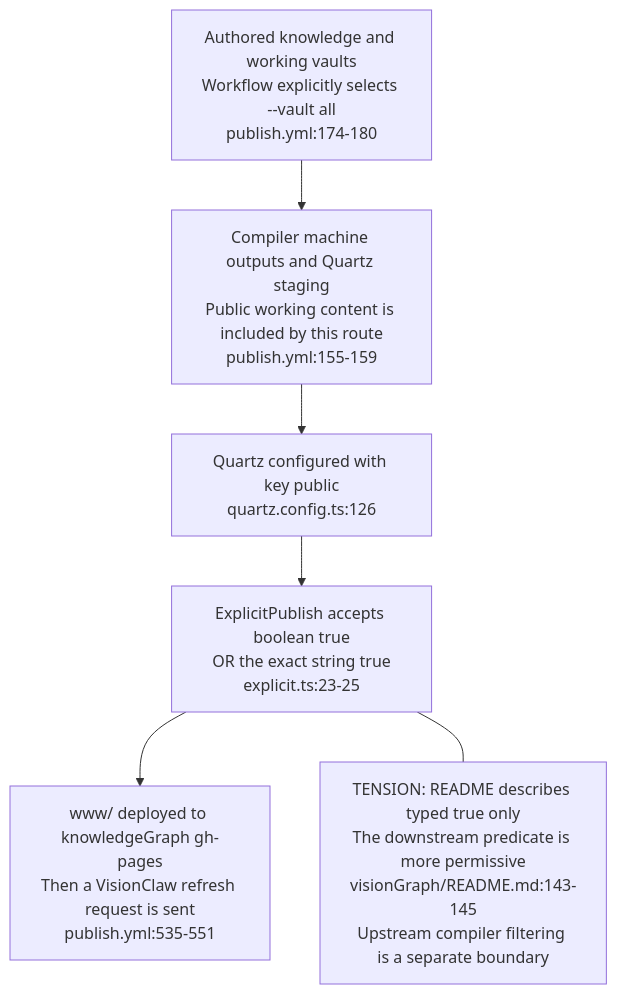
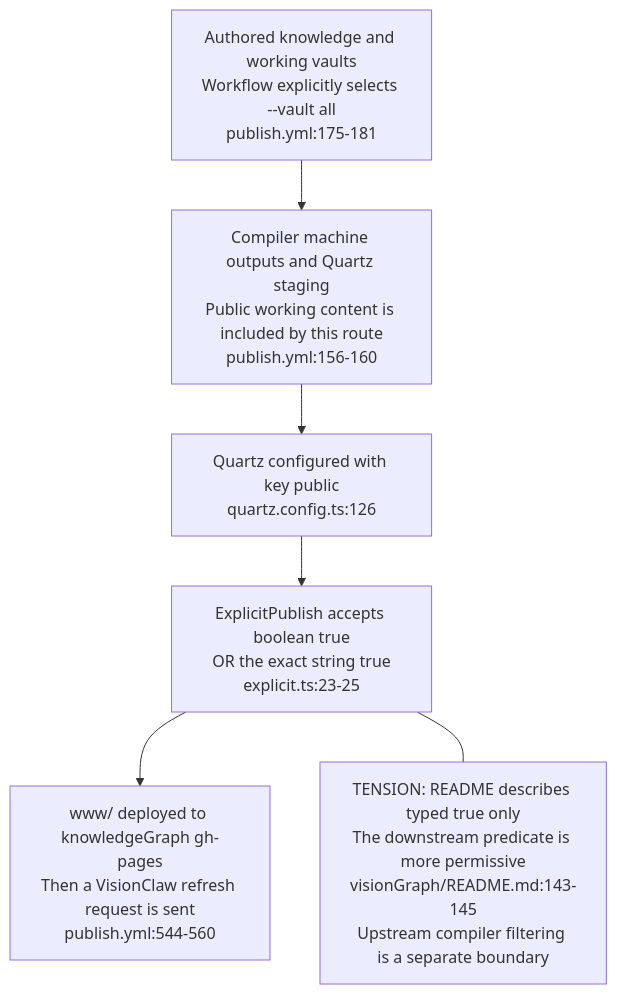
Before and after one commit to DreamLab-AI/VisionFlow: the second of 6 diagrams in docs/diagrams/visiongraph/01-vault-structure-and-contract.md, drawn with Mermaid. The commit also changed other lines of this file and 70 other files, not shown here.

First line of the commit message:
docs(diagrams): re-verify 69 topics at current default-branch heads

````diff
--- a/docs/diagrams/visiongraph/01-vault-structure-and-contract.md
+++ b/docs/diagrams/visiongraph/01-vault-structure-and-contract.md
@@ -59,11 +59,11 @@
 ```mermaid
 flowchart TB
-    SRC["Authored knowledge and working vaults<br/>Workflow explicitly selects --vault all<br/>publish.yml:174-180"]
-    STAGE["Compiler machine outputs and Quartz staging<br/>Public working content is included by this route<br/>publish.yml:155-159"]
+    SRC["Authored knowledge and working vaults<br/>Workflow explicitly selects --vault all<br/>publish.yml:175-181"]
+    STAGE["Compiler machine outputs and Quartz staging<br/>Public working content is included by this route<br/>publish.yml:156-160"]
     QUARTZ["Quartz configured with key public<br/>quartz.config.ts:126"]
     FILTER["ExplicitPublish accepts boolean true<br/>OR the exact string true<br/>explicit.ts:23-25"]
-    SITE["www/ deployed to knowledgeGraph gh-pages<br/>Then a VisionClaw refresh request is sent<br/>publish.yml:535-551"]
+    SITE["www/ deployed to knowledgeGraph gh-pages<br/>Then a VisionClaw refresh request is sent<br/>publish.yml:544-560"]
     SRC --> STAGE --> QUARTZ --> FILTER --> SITE
     LIMIT["TENSION: README describes typed true only<br/>The downstream predicate is more permissive<br/>visionGraph/README.md:143-145<br/>Upstream compiler filtering is a separate boundary"]
     FILTER --- LIMIT
 ```
````
